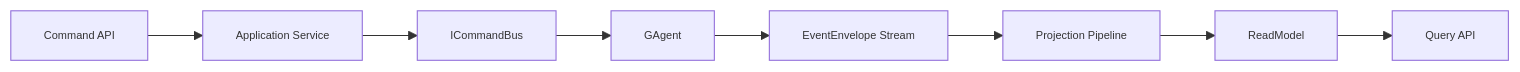
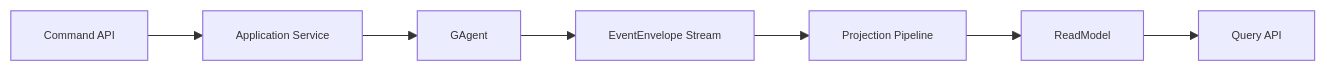
Before and after one commit to aevatarAI/aevatar: the fourth of 4 diagrams in docs/PROJECT_ARCHITECTURE.md, drawn with Mermaid. The commit also changed other lines of this file and 28 other files, not shown here.

First line of the commit message:
Refactor CQRS architecture by removing runtime abstractions and implementations

````diff
--- a/docs/PROJECT_ARCHITECTURE.md
+++ b/docs/PROJECT_ARCHITECTURE.md
@@ -104,6 +102,6 @@
 ```mermaid
 %%{init: {"maxTextSize": 100000, "flowchart": {"useMaxWidth": false, "nodeSpacing": 10, "rankSpacing": 50}, "themeVariables": {"fontSize": "10px"}}}%%
 flowchart LR
-    C["Command API"] --> APP["Application Service"] --> BUS["ICommandBus"] --> ACT["GAgent"]
+    C["Command API"] --> APP["Application Service"] --> ACT["GAgent"]
     ACT --> EVT["EventEnvelope Stream"] --> PROJ["Projection Pipeline"] --> RM["ReadModel"] --> Q["Query API"]
 ```
````
